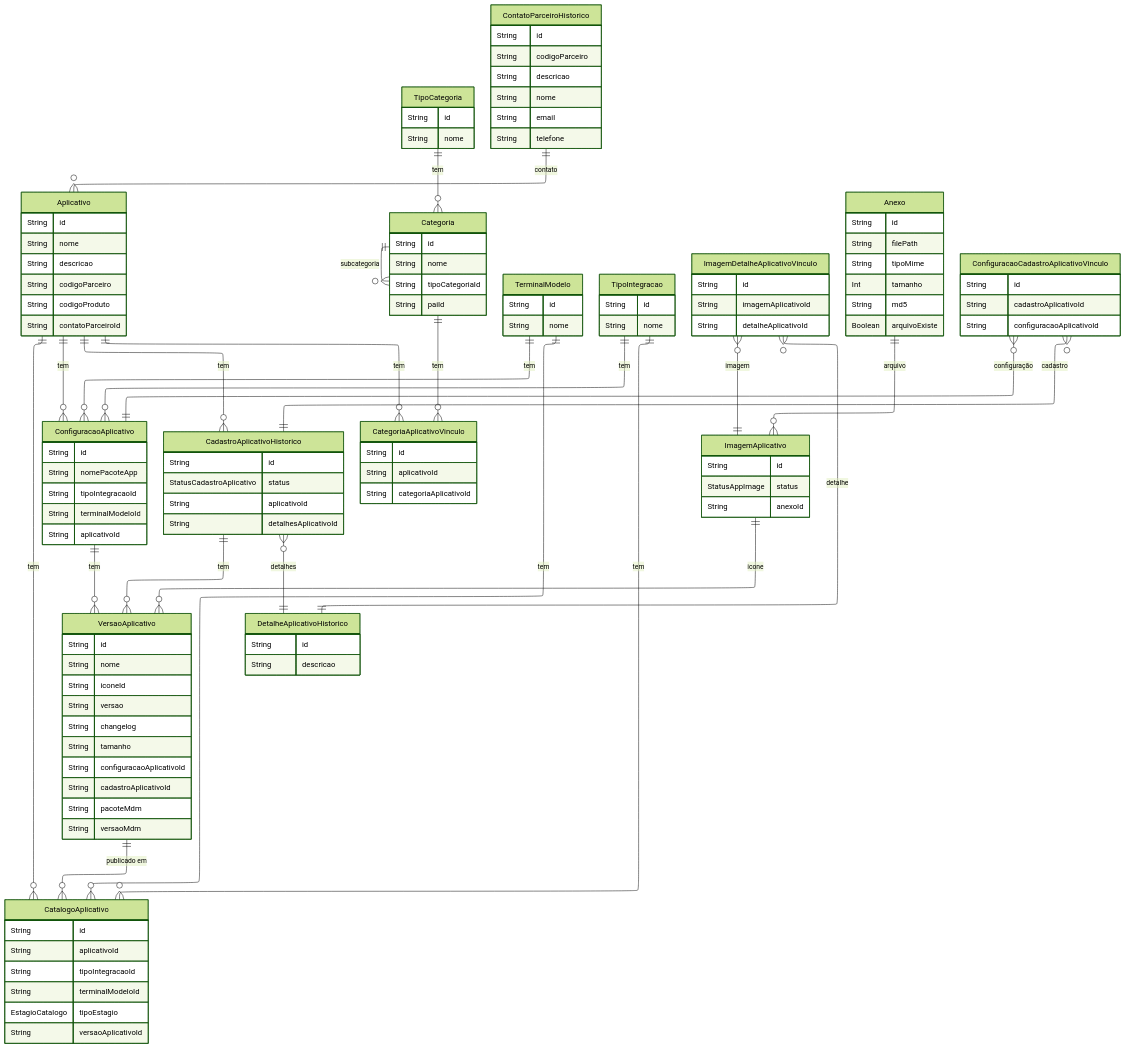
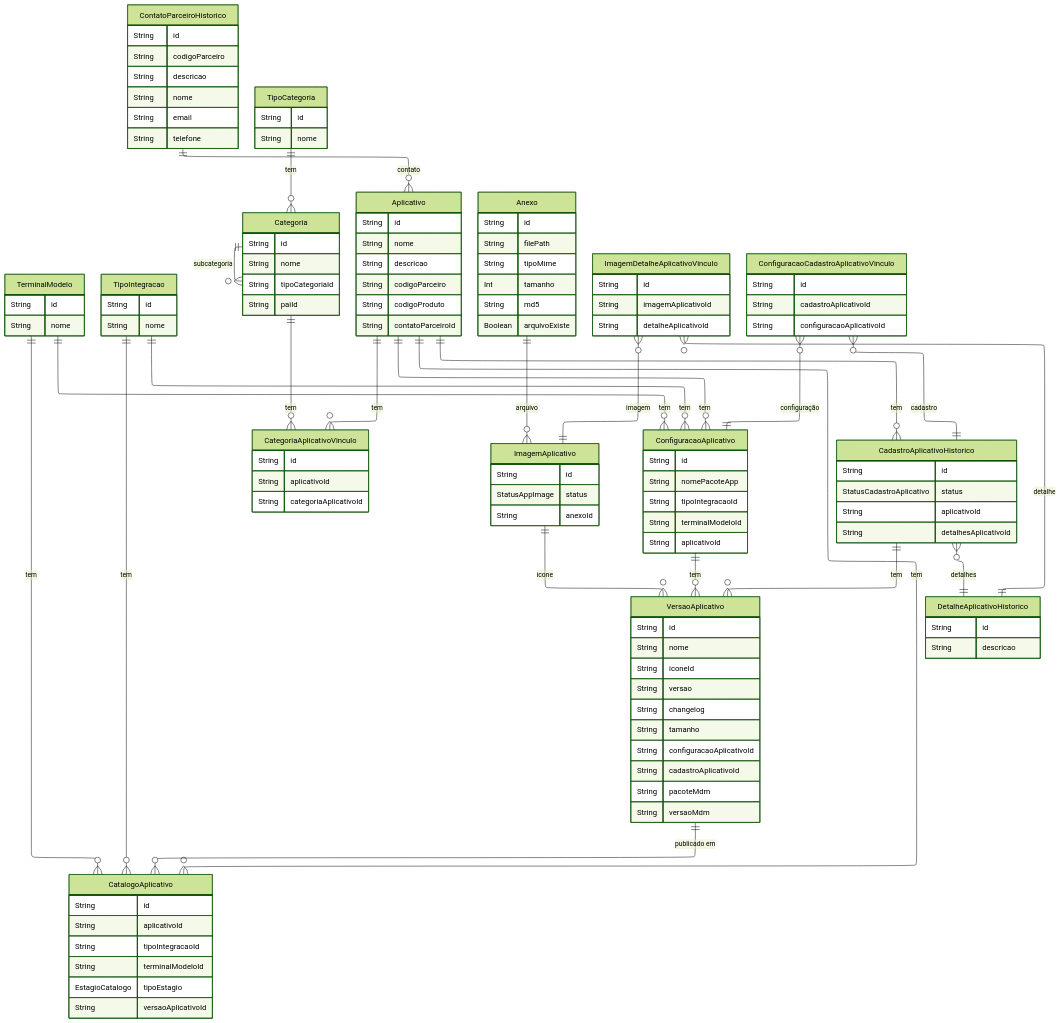
One commit to brunojet/store-nodejs changed the diagram in docs/erdiagram.md. Above: the diagram before and after it, drawn with Mermaid (forest theme).

Commit message:
Modelo de dados

````diff
--- a/docs/erdiagram.md
+++ b/docs/erdiagram.md
@@ -6,126 +6,127 @@
   layout: elk
 ---
 erDiagram
-    Aplicativo {
-        String id
-        String nome
-        String descricao
-        String codigoParceiro
-        String codigoProduto
-        String contatoParceiroId
-    }
-    CatalogoAplicativo {
-        String id
-        String aplicativoId
-        String tipoIntegracaoId
-        String terminalModeloId
-        EstagioCatalogo tipoEstagio
-        String versaoAplicativoId
-    }
-    ConfiguracaoAplicativo {
-        String id
-        String nomePacoteApp
-        String tipoIntegracaoId
-        String terminalModeloId
-        String aplicativoId
-    }
-    CadastroAplicativoHistorico {
-        String id
-        StatusCadastroAplicativo status
-        String aplicativoId
-        String detalhesAplicativoId
-    }
-    Categoria {
-        String id
-        String nome
-        String tipoCategoriaId
-        String paiId
-    }
-    CategoriaAplicativoVinculo {
-        String id
-        String aplicativoId
-        String categoriaAplicativoId
-    }
-    TipoCategoria {
-        String id
-        String nome
-    }
-    TerminalModelo {
-        String id
-        String nome
-    }
-    TipoIntegracao {
-        String id
-        String nome
-    }
-    VersaoAplicativo {
-        String id
-        String nome
-        String iconeId
-        String versao
-        String changelog
-        String tamanho
-        String configuracaoAplicativoId
-        String cadastroAplicativoId
-        String pacoteMdm
-        String versaoMdm
-    }
-    ImagemAplicativo {
-        String id
-        StatusAppImage status
-        String anexoId
-    }
-    ImagemDetalheAplicativoVinculo {
-        String id
-        String imagemAplicativoId
-        String detalheAplicativoId
-    }
-    Anexo {
-        String id
-        String filePath
-        String tipoMime
-        Int tamanho
-        String md5
-        Boolean arquivoExiste
-    }
-    DetalheAplicativoHistorico {
-        String id
-        String descricao
-    }
-    ContatoParceiroHistorico {
-        String id
-        String codigoParceiro
-        String descricao
-        String nome
-        String email
-        String telefone
-    }
-    ConfiguracaoCadastroAplicativoVinculo {
-        String id
-        String cadastroAplicativoId
-        String configuracaoAplicativoId
-    }
+	direction TB
+	TerminalModelo {
+		String id  ""
+		String nome  ""
+	}
+	TipoIntegracao {
+		String id  ""
+		String nome  ""
+	}
+	ContatoParceiroHistorico {
+		String id  ""
+		String codigoParceiro  ""
+		String descricao  ""
+		String nome  ""
+		String email  ""
+		String telefone  ""
+	}
+	TipoCategoria {
+		String id  ""
+		String nome  ""
+	}
+	Categoria {
+		String id  ""
+		String nome  ""
+		String tipoCategoriaId  ""
+		String paiId  ""
+	}
+	CategoriaAplicativoVinculo {
+		String id  ""
+		String aplicativoId  ""
+		String categoriaAplicativoId  ""
+	}
+	Aplicativo {
+		String id  ""
+		String nome  ""
+		String descricao  ""
+		String codigoParceiro  ""
+		String codigoProduto  ""
+		String contatoParceiroId  ""
+	}
+	Anexo {
+		String id  ""
+		String filePath  ""
+		String tipoMime  ""
+		Int tamanho  ""
+		String md5  ""
+		Boolean arquivoExiste  ""
+	}
+	ImagemAplicativo {
+		String id  ""
+		StatusAppImage status  ""
+		String anexoId  ""
+	}
+	ImagemDetalheAplicativoVinculo {
+		String id  ""
+		String imagemAplicativoId  ""
+		String detalheAplicativoId  ""
+	}
+	DetalheAplicativoHistorico {
+		String id  ""
+		String descricao  ""
+	}
+	ConfiguracaoAplicativo {
+		String id  ""
+		String nomePacoteApp  ""
+		String tipoIntegracaoId  ""
+		String terminalModeloId  ""
+		String aplicativoId  ""
+	}
+	ConfiguracaoCadastroAplicativoVinculo {
+		String id  ""
+		String cadastroAplicativoId  ""
+		String configuracaoAplicativoId  ""
+	}
+	CadastroAplicativoHistorico {
+		String id  ""
+		StatusCadastroAplicativo status  ""
+		String aplicativoId  ""
+		String detalhesAplicativoId  ""
+	}
+	VersaoAplicativo {
+		String id  ""
+		String nome  ""
+		String iconeId  ""
+		String versao  ""
+		String changelog  ""
+		String tamanho  ""
+		String configuracaoAplicativoId  ""
+		String cadastroAplicativoId  ""
+		String pacoteMdm  ""
+		String versaoMdm  ""
+	}
+	CatalogoAplicativo {
+		String id  ""
+		String aplicativoId  ""
+		String tipoIntegracaoId  ""
+		String terminalModeloId  ""
+		EstagioCatalogo tipoEstagio  ""
+		String versaoAplicativoId  ""
+	}
 
-    Aplicativo ||--o{ CatalogoAplicativo : "tem"
-    Aplicativo ||--o{ ConfiguracaoAplicativo : "tem"
-    Aplicativo ||--o{ CadastroAplicativoHistorico : "tem"
-    Aplicativo ||--o{ CategoriaAplicativoVinculo : "tem"
-    Categoria ||--o{ CategoriaAplicativoVinculo : "tem"
-    Categoria ||--o{ Categoria : "subcategoria"
-    TipoCategoria ||--o{ Categoria : "tem"
-    TerminalModelo ||--o{ CatalogoAplicativo : "tem"
-    TerminalModelo ||--o{ ConfiguracaoAplicativo : "tem"
-    TipoIntegracao ||--o{ CatalogoAplicativo : "tem"
-    TipoIntegracao ||--o{ ConfiguracaoAplicativo : "tem"
-    ConfiguracaoAplicativo ||--o{ VersaoAplicativo : "tem"
-    CadastroAplicativoHistorico ||--o{ VersaoAplicativo : "tem"
-    CadastroAplicativoHistorico }o--|| DetalheAplicativoHistorico : "detalhes"
-    VersaoAplicativo ||--o{ CatalogoAplicativo : "publicado em"
-    ImagemAplicativo ||--o{ VersaoAplicativo : "icone"
-    ImagemDetalheAplicativoVinculo }o--|| ImagemAplicativo : "imagem"
-    ImagemDetalheAplicativoVinculo }o--|| DetalheAplicativoHistorico : "detalhe"
-    Anexo ||--o{ ImagemAplicativo : "arquivo"
-    ContatoParceiroHistorico ||--o{ Aplicativo : "contato"
-    ConfiguracaoCadastroAplicativoVinculo }o--|| CadastroAplicativoHistorico : "cadastro"
-    ConfiguracaoCadastroAplicativoVinculo }o--|| ConfiguracaoAplicativo : "configuração"
+	Aplicativo||--o{CatalogoAplicativo:"tem"
+	Aplicativo||--o{ConfiguracaoAplicativo:"tem"
+	Aplicativo||--o{CadastroAplicativoHistorico:"tem"
+	Aplicativo||--o{CategoriaAplicativoVinculo:"tem"
+	Categoria||--o{CategoriaAplicativoVinculo:"tem"
+	Categoria||--o{Categoria:"subcategoria"
+	TipoCategoria||--o{Categoria:"tem"
+	TerminalModelo||--o{CatalogoAplicativo:"tem"
+	TerminalModelo||--o{ConfiguracaoAplicativo:"tem"
+	TipoIntegracao||--o{CatalogoAplicativo:"tem"
+	TipoIntegracao||--o{ConfiguracaoAplicativo:"tem"
+	ConfiguracaoAplicativo||--o{VersaoAplicativo:"tem"
+	CadastroAplicativoHistorico||--o{VersaoAplicativo:"tem"
+	CadastroAplicativoHistorico}o--||DetalheAplicativoHistorico:"detalhes"
+	VersaoAplicativo||--o{CatalogoAplicativo:"publicado em"
+	ImagemAplicativo||--o{VersaoAplicativo:"icone"
+	ImagemDetalheAplicativoVinculo}o--||ImagemAplicativo:"imagem"
+	ImagemDetalheAplicativoVinculo}o--||DetalheAplicativoHistorico:"detalhe"
+	Anexo||--o{ImagemAplicativo:"arquivo"
+	ContatoParceiroHistorico||--o{Aplicativo:"contato"
+	ConfiguracaoCadastroAplicativoVinculo}o--||CadastroAplicativoHistorico:"cadastro"
+	ConfiguracaoCadastroAplicativoVinculo}o--||ConfiguracaoAplicativo:"configuração"
 ```
````
